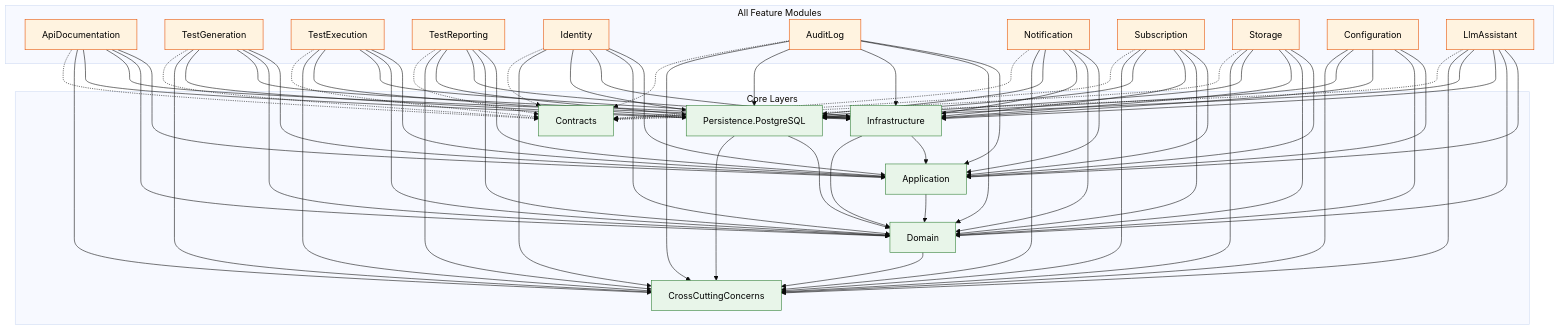
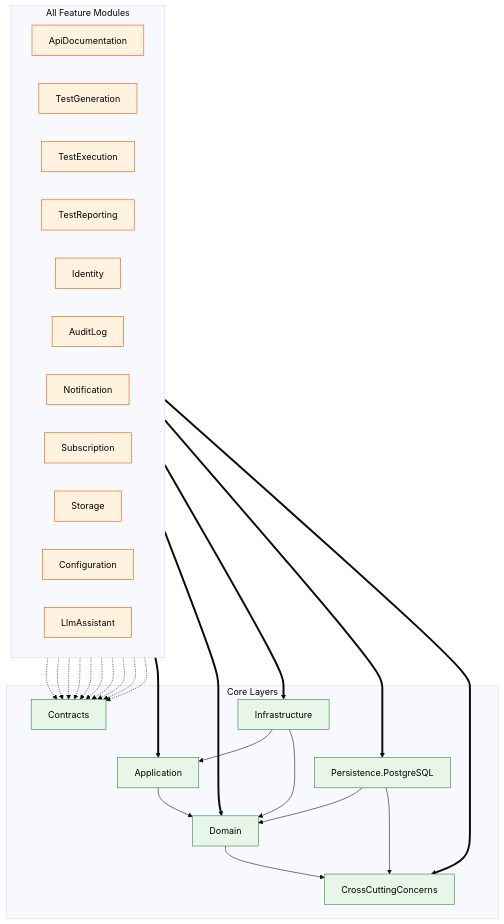
Before and after one commit to tinse-22/GSP26SE43.ModularMonolith: the fourth of 5 diagrams in docs/architecture/UML_PACKAGE_DIAGRAM_SOURCE.md, drawn with Mermaid (base theme). The commit also changed other lines of this file and 1 other file, not shown here.

First line of the commit message:
Feature/fe 05 test generation algorithms (#60)

````diff
--- a/docs/architecture/UML_PACKAGE_DIAGRAM_SOURCE.md
+++ b/docs/architecture/UML_PACKAGE_DIAGRAM_SOURCE.md
@@ -733,64 +433,60 @@
 ```mermaid
-graph TB
+flowchart TB
     subgraph Modules["All Feature Modules"]
+        direction LR
         ApiDoc["ApiDocumentation"]
         TestGen["TestGeneration"]
         TestExec["TestExecution"]
         TestRep["TestReporting"]
         Identity
         AuditLog
         Notification
         Subscription
         Storage
         Configuration
         LlmAssistant
     end
 
     subgraph Core["Core Layers"]
         Application
         Domain
         Infrastructure
         Postgres["Persistence.PostgreSQL"]
         CCC["CrossCuttingConcerns"]
         Contracts
     end
 
-    %% Every module → 5 core layers (solid)
-    ApiDoc --> Application & Domain & Infrastructure & Postgres & CCC
-    TestGen --> Application & Domain & Infrastructure & Postgres & CCC
-    TestExec --> Application & Domain & Infrastructure & Postgres & CCC
-    TestRep --> Application & Domain & Infrastructure & Postgres & CCC
-    Identity --> Application & Domain & Infrastructure & Postgres & CCC
-    AuditLog --> Application & Domain & Infrastructure & Postgres & CCC
-    Notification --> Application & Domain & Infrastructure & Postgres & CCC
-    Subscription --> Application & Domain & Infrastructure & Postgres & CCC
-    Storage --> Application & Domain & Infrastructure & Postgres & CCC
-    Configuration --> Application & Domain & Infrastructure & Postgres & CCC
-    LlmAssistant --> Application & Domain & Infrastructure & Postgres & CCC
+    %% All modules depend on the same 5 core layers via project reference
+    %% Represented as thick edges from Modules subgraph
+    Modules ==> Application
+    Modules ==> Domain
+    Modules ==> Infrastructure
+    Modules ==> Postgres
+    Modules ==> CCC
 
-    %% Module → Contracts (dotted, Configuration excluded)
+    %% Module to Contracts - all except Configuration
     ApiDoc -.-> Contracts
     TestGen -.-> Contracts
     TestExec -.-> Contracts
     TestRep -.-> Contracts
     Identity -.-> Contracts
     AuditLog -.-> Contracts
     Notification -.-> Contracts
     Subscription -.-> Contracts
     Storage -.-> Contracts
     LlmAssistant -.-> Contracts
 
-    %% Core internal
+    %% Core internal layering
     Application --> Domain
     Domain --> CCC
     Infrastructure --> Application
     Infrastructure --> Domain
     Postgres --> Domain
     Postgres --> CCC
 
     classDef module fill:#FFF3E0,stroke:#E65100,color:#000
     classDef core fill:#E8F5E9,stroke:#2E7D32,color:#000
 
     class ApiDoc,TestGen,TestExec,TestRep,Identity,AuditLog,Notification,Subscription,Storage,Configuration,LlmAssistant module
     class Application,Domain,Infrastructure,Postgres,CCC,Contracts core
 ```
````
